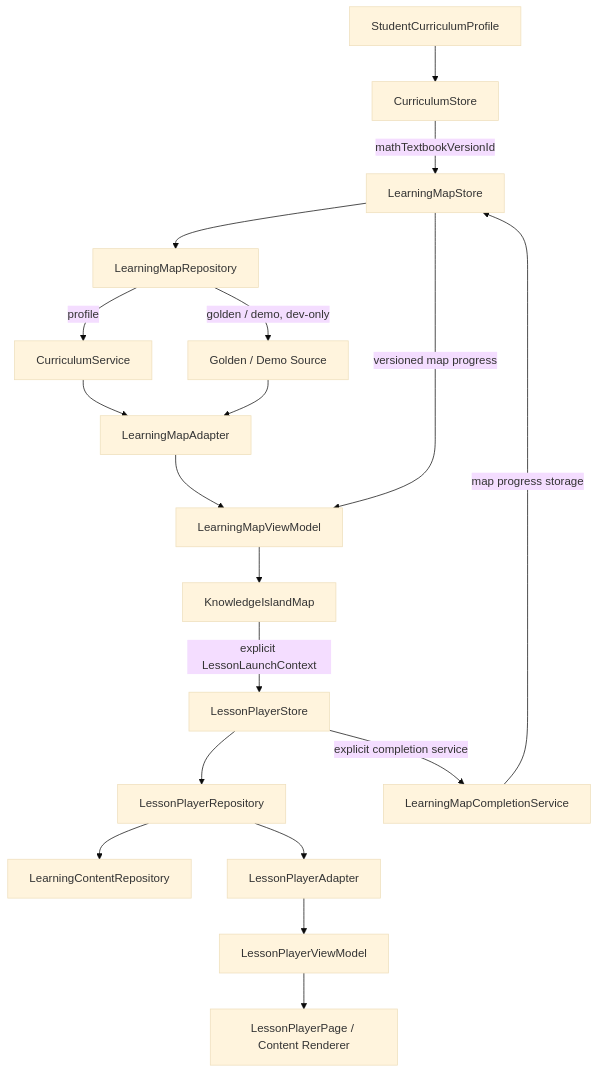
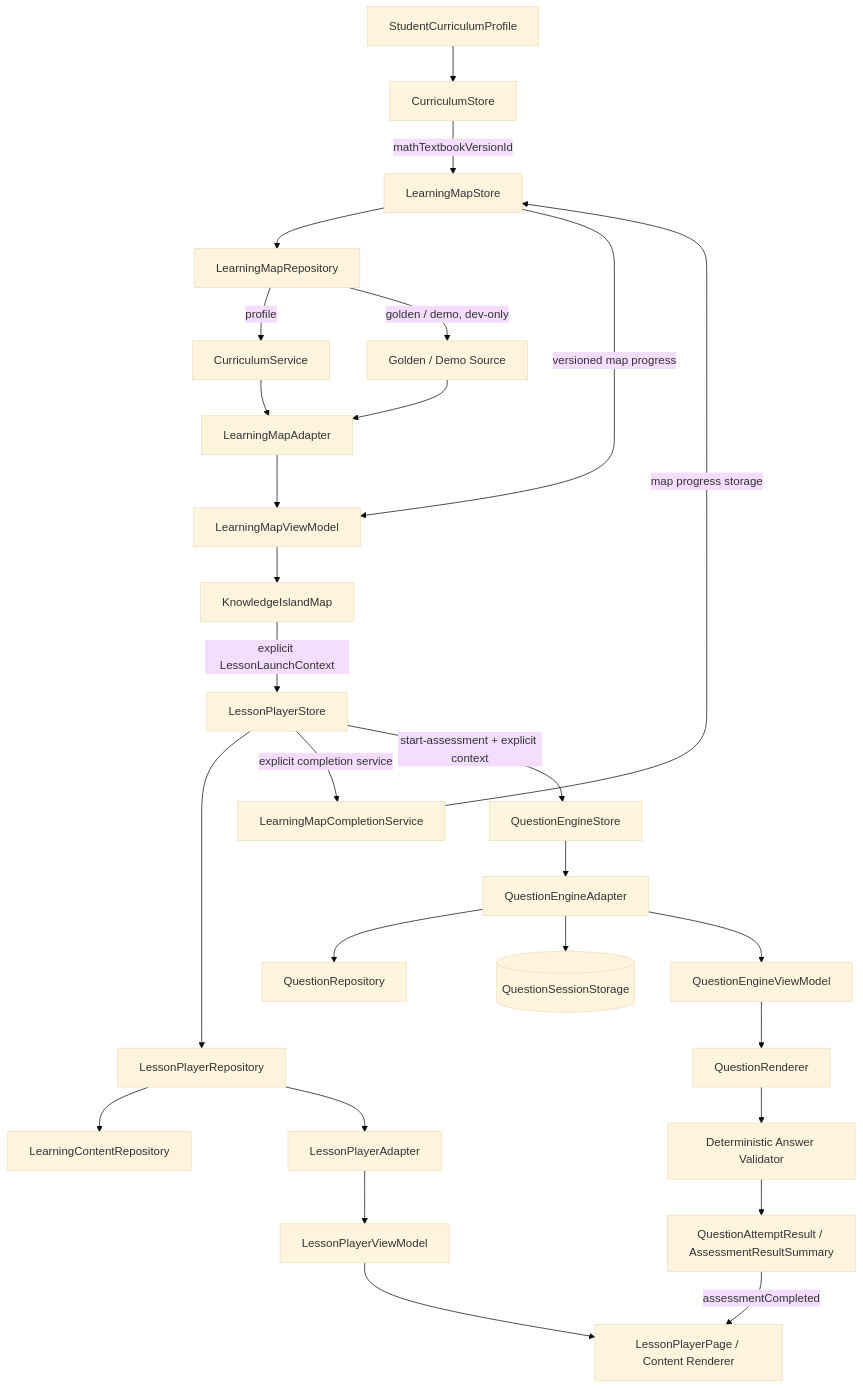
One commit to gaoxinyue623/knowledge-island-learning changed the diagram in ARCHITECTURE.md. Above: the diagram before and after it, drawn with Mermaid (base theme). The commit also changed other lines of this file and 62 other files, not shown here.

Commit message:
feat: implement phase 9 question engine

````diff
--- a/ARCHITECTURE.md
+++ b/ARCHITECTURE.md
@@ -61,21 +68,30 @@
 ```mermaid
 flowchart TD
     P[StudentCurriculumProfile] --> CS[CurriculumStore]
     CS -->|mathTextbookVersionId| LMS[LearningMapStore]
     LMS --> LMR[LearningMapRepository]
     LMR -->|profile| S[CurriculumService]
     LMR -->|golden / demo, dev-only| D[Golden / Demo Source]
     S --> A[LearningMapAdapter]
     D --> A
     A --> VM[LearningMapViewModel]
     VM --> UI[KnowledgeIslandMap]
     LMS -->|versioned map progress| VM
     UI -->|explicit LessonLaunchContext| LPS[LessonPlayerStore]
     LPS --> LPR[LessonPlayerRepository]
     LPR --> LC[LearningContentRepository]
     LPR --> LPA[LessonPlayerAdapter]
     LPA --> LVM[LessonPlayerViewModel]
     LVM --> LUI[LessonPlayerPage / Content Renderer]
     LPS -->|explicit completion service| LCS[LearningMapCompletionService]
     LCS -->|map progress storage| LMS
+    LPS -->|start-assessment + explicit context| QES[QuestionEngineStore]
+    QES --> QEA[QuestionEngineAdapter]
+    QEA --> QR[QuestionRepository]
+    QEA --> QSS[(QuestionSessionStorage)]
+    QEA --> QVM[QuestionEngineViewModel]
+    QVM --> QUI[QuestionRenderer]
+    QUI --> QV[Deterministic Answer Validator]
+    QV --> QAR[QuestionAttemptResult / AssessmentResultSummary]
+    QAR -->|assessmentCompleted| LUI
 ```
````
